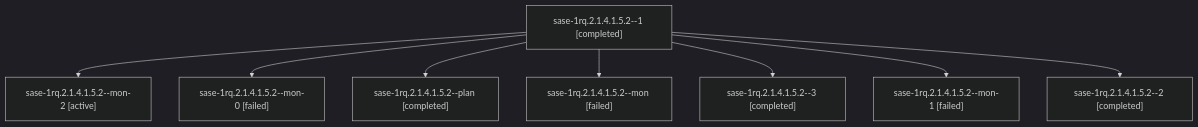
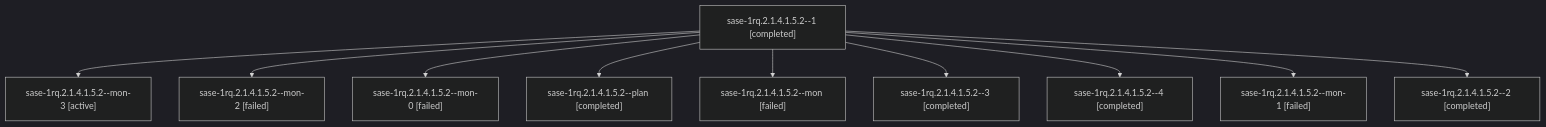
One commit to sase-org/sase--agents changed the diagram in sessions/bbugyi200.athena.sase-1rq.2.1.4.1.5.2.md. Above: the diagram before and after it, drawn with Mermaid (dark theme). The commit also changed other lines of this file and 156 other files, not shown here.

````diff
--- a/sessions/bbugyi200.athena.sase-1rq.2.1.4.1.5.2.md
+++ b/sessions/bbugyi200.athena.sase-1rq.2.1.4.1.5.2.md
@@ -9,18 +9,22 @@
 ```mermaid
 flowchart TD
   n0["sase-1rq.2.1.4.1.5.2--1 [completed]"]
-  n1["sase-1rq.2.1.4.1.5.2--mon-2 [active]"]
+  n1["sase-1rq.2.1.4.1.5.2--mon-3 [active]"]
   n0 --> n1
-  n2["sase-1rq.2.1.4.1.5.2--mon-0 [failed]"]
+  n2["sase-1rq.2.1.4.1.5.2--mon-2 [failed]"]
   n0 --> n2
-  n3["sase-1rq.2.1.4.1.5.2--plan [completed]"]
+  n3["sase-1rq.2.1.4.1.5.2--mon-0 [failed]"]
   n0 --> n3
-  n4["sase-1rq.2.1.4.1.5.2--mon [failed]"]
+  n4["sase-1rq.2.1.4.1.5.2--plan [completed]"]
   n0 --> n4
-  n5["sase-1rq.2.1.4.1.5.2--3 [completed]"]
+  n5["sase-1rq.2.1.4.1.5.2--mon [failed]"]
   n0 --> n5
-  n6["sase-1rq.2.1.4.1.5.2--mon-1 [failed]"]
+  n6["sase-1rq.2.1.4.1.5.2--3 [completed]"]
   n0 --> n6
-  n7["sase-1rq.2.1.4.1.5.2--2 [completed]"]
+  n7["sase-1rq.2.1.4.1.5.2--4 [completed]"]
   n0 --> n7
+  n8["sase-1rq.2.1.4.1.5.2--mon-1 [failed]"]
+  n0 --> n8
+  n9["sase-1rq.2.1.4.1.5.2--2 [completed]"]
+  n0 --> n9
 ```
````
